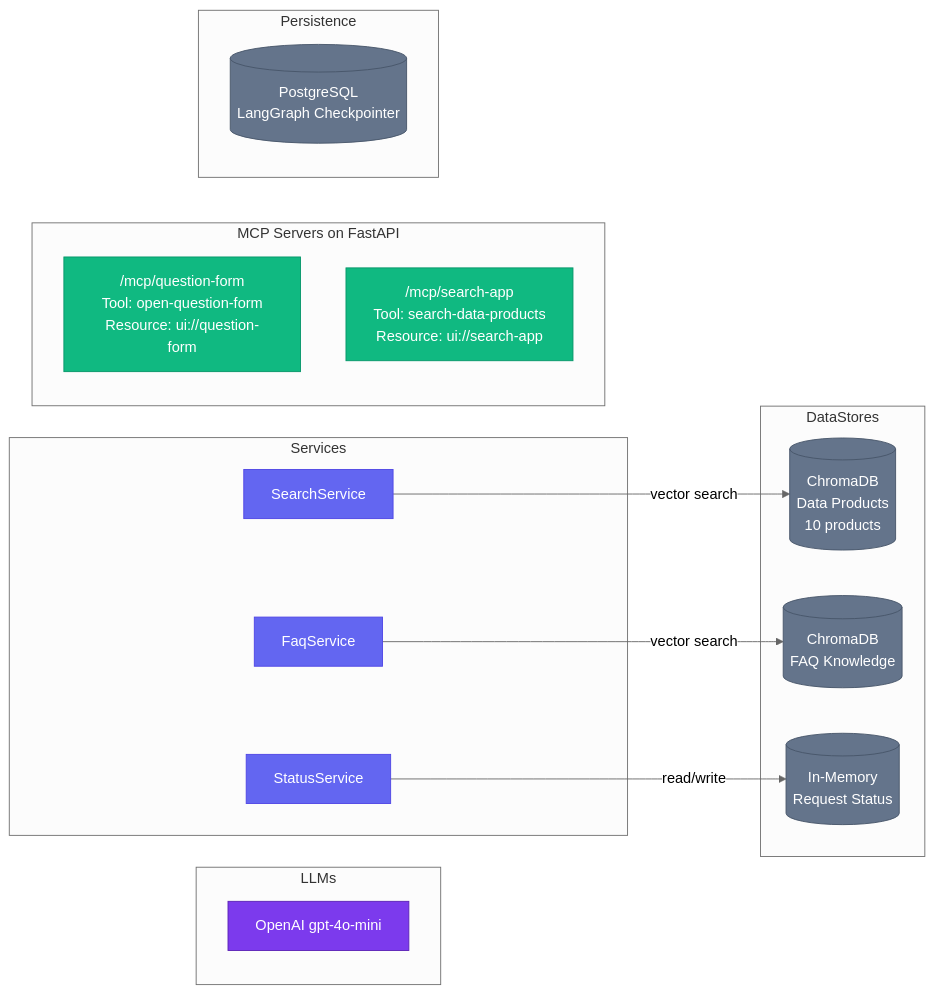
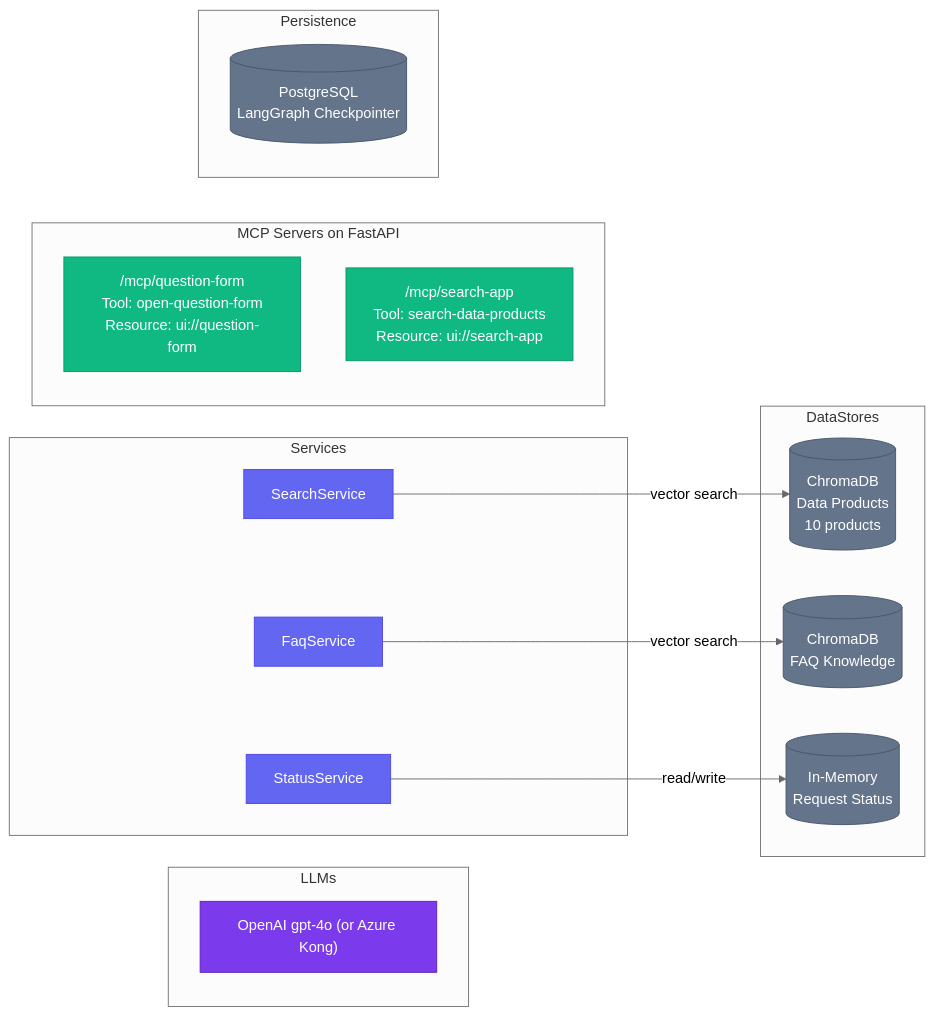
The fourth of 4 diagrams in docs/graph-architecture.md (alakaybenjamin/langgraph-supervisor-pattern), drawn with Mermaid (neutral theme) before and after one commit. The commit also changed other lines of this file and 5 other files, not shown here.

````diff
--- a/docs/graph-architecture.md
+++ b/docs/graph-architecture.md
@@ -232,42 +268,42 @@
 ```mermaid
 flowchart LR
     subgraph LLMs
-        GPT["OpenAI gpt-4o-mini"]
+        GPT["OpenAI gpt-4o (or Azure Kong)"]
     end
 
     subgraph Services
         SS["SearchService"]
         FS["FaqService"]
         STS["StatusService"]
     end
 
     subgraph DataStores
         CHROMA_PRODUCTS[("ChromaDB\nData Products\n10 products")]
         CHROMA_FAQ[("ChromaDB\nFAQ Knowledge")]
         INMEM[("In-Memory\nRequest Status")]
     end
 
     subgraph MCP_Servers["MCP Servers on FastAPI"]
         QF["/mcp/question-form\nTool: open-question-form\nResource: ui://question-form"]
         SA["/mcp/search-app\nTool: search-data-products\nResource: ui://search-app"]
     end
 
     subgraph Persistence
         PG[("PostgreSQL\nLangGraph Checkpointer")]
     end
 
     SS -->|"vector search"| CHROMA_PRODUCTS
     FS -->|"vector search"| CHROMA_FAQ
     STS -->|"read/write"| INMEM
 
     style GPT fill:#7c3aed,color:#fff,stroke:#5b21b6
     style SS fill:#6366f1,color:#fff,stroke:#4f46e5
     style FS fill:#6366f1,color:#fff,stroke:#4f46e5
     style STS fill:#6366f1,color:#fff,stroke:#4f46e5
     style CHROMA_PRODUCTS fill:#64748b,color:#fff,stroke:#475569
     style CHROMA_FAQ fill:#64748b,color:#fff,stroke:#475569
     style INMEM fill:#64748b,color:#fff,stroke:#475569
     style QF fill:#10b981,color:#fff,stroke:#059669
     style SA fill:#10b981,color:#fff,stroke:#059669
     style PG fill:#64748b,color:#fff,stroke:#475569
 ```
````
